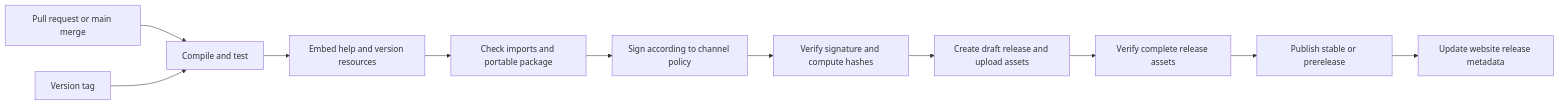
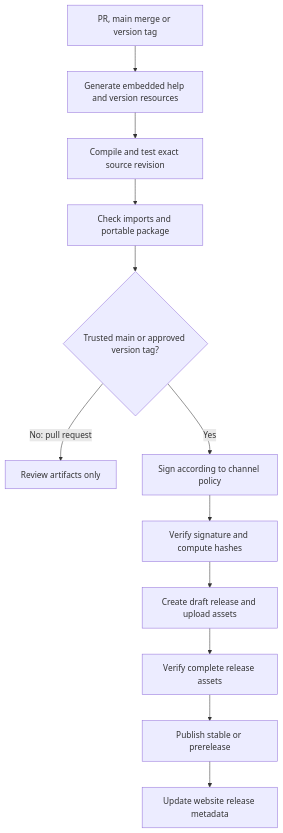
One commit to velocityeu/NetTools changed the diagram in docs/design/release-pipeline.md. Above: the diagram before and after it, drawn with Mermaid. The commit also changed other lines of this file and 8 other files, not shown here.

````diff
--- a/docs/design/release-pipeline.md
+++ b/docs/design/release-pipeline.md
@@ -23,13 +24,14 @@
 ```mermaid
-flowchart LR
-  Change[Pull request or main merge] --> Validate[Compile and test]
-  Tag[Version tag] --> Validate
-  Validate --> Package[Embed help and version resources]
-  Package --> Check[Check imports and portable package]
-  Check --> Sign[Sign according to channel policy]
+flowchart TD
+  Change[PR, main merge or version tag] --> Resources[Generate embedded help and version resources]
+  Resources --> Validate[Compile and test exact source revision]
+  Validate --> Check[Check imports and portable package]
+  Check --> Gate{Trusted main or approved version tag?}
+  Gate -->|No: pull request| Artifacts[Review artifacts only]
+  Gate -->|Yes| Sign[Sign according to channel policy]
   Sign --> Verify[Verify signature and compute hashes]
   Verify --> Stage[Create draft release and upload assets]
   Stage --> Audit[Verify complete release assets]
   Audit --> Publish[Publish stable or prerelease]
   Publish --> Web[Update website release metadata]
 ```
````
